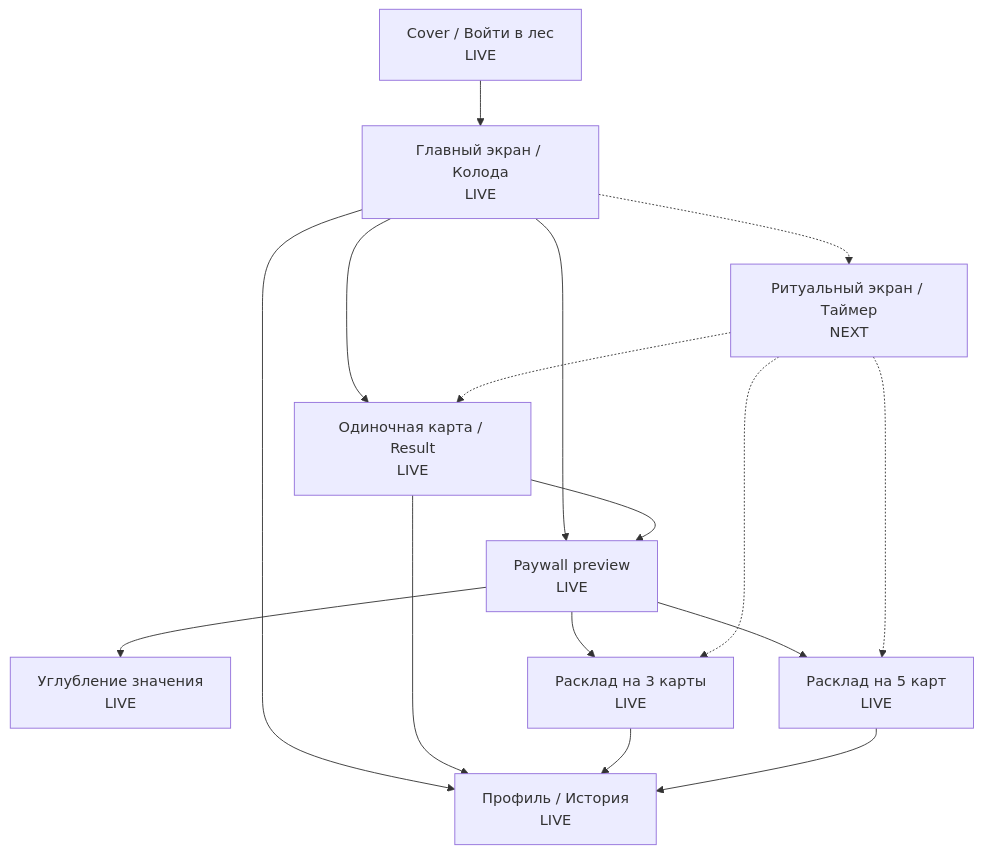
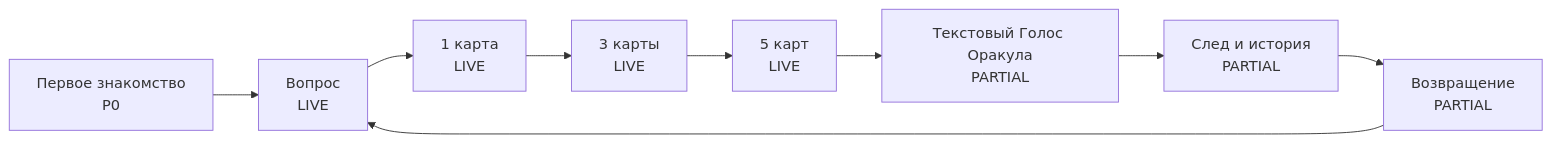
The first of 4 diagrams in docs/ROADMAP_VISUAL.md (YukiSakura13/WYRD), drawn with Mermaid before and after one commit. The commit also changed other lines of this file and 11 other files, not shown here.

````diff
--- a/docs/ROADMAP_VISUAL.md
+++ b/docs/ROADMAP_VISUAL.md
@@ -26,18 +14,11 @@
 ```mermaid
-flowchart TD
-    A["Cover / Войти в лес<br/>LIVE"] --> B["Главный экран / Колода<br/>LIVE"]
-    B --> C["Одиночная карта / Result<br/>LIVE"]
-    B --> D["Paywall preview<br/>LIVE"]
-    C --> D
-    D --> E["Углубление значения<br/>LIVE"]
-    D --> F["Расклад на 3 карты<br/>LIVE"]
-    D --> G["Расклад на 5 карт<br/>LIVE"]
-    B --> H["Профиль / История<br/>LIVE"]
-    C --> H
-    F --> H
-    G --> H
-    B -.-> I["Ритуальный экран / Таймер<br/>NEXT"]
-    I -.-> C
-    I -.-> F
-    I -.-> G
+flowchart LR
+    A["Первое знакомство<br/>P0"] --> B["Вопрос<br/>LIVE"]
+    B --> C["1 карта<br/>LIVE"]
+    C --> D["3 карты<br/>LIVE"]
+    D --> E["5 карт<br/>LIVE"]
+    E --> F["Текстовый Голос Оракула<br/>PARTIAL"]
+    F --> G["След и история<br/>PARTIAL"]
+    G --> H["Возвращение<br/>PARTIAL"]
+    H --> B
 ```
````
